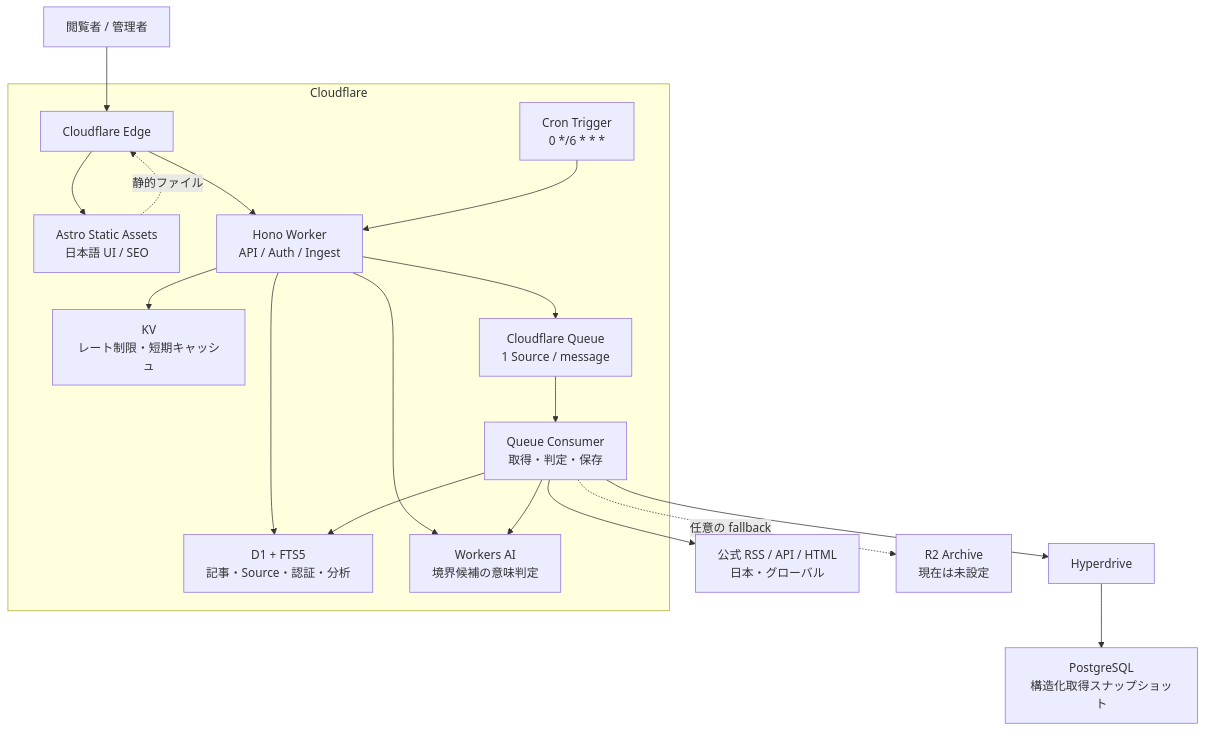
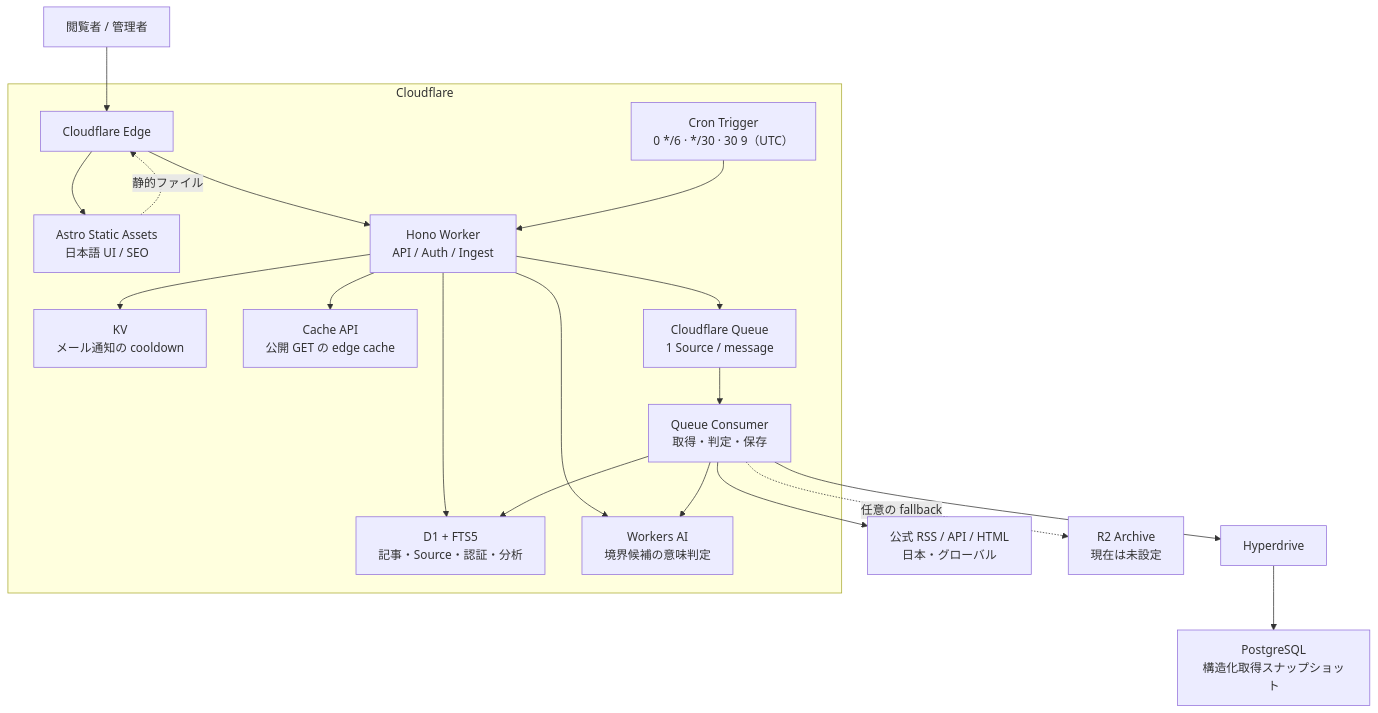
The second of 9 diagrams in README.md (kekincai/fde), drawn with Mermaid before and after one commit. The commit also changed other lines of this file and 8 other files, not shown here.

````diff
--- a/README.md
+++ b/README.md
@@ -73,23 +79,24 @@
 ```mermaid
 flowchart TB
     User["閲覧者 / 管理者"] --> Edge["Cloudflare Edge"]
 
     subgraph CF["Cloudflare"]
         Edge --> Assets["Astro Static Assets<br/>日本語 UI / SEO"]
         Edge --> Worker["Hono Worker<br/>API / Auth / Ingest"]
         Worker --> D1["D1 + FTS5<br/>記事・Source・認証・分析"]
-        Worker --> KV["KV<br/>レート制限・短期キャッシュ"]
+        Worker --> KV["KV<br/>メール通知の cooldown"]
+        Worker --> Cache["Cache API<br/>公開 GET の edge cache"]
         Worker --> AI["Workers AI<br/>境界候補の意味判定"]
-        Cron["Cron Trigger<br/>0 */6 * * *"] --> Worker
+        Cron["Cron Trigger<br/>0 */6 · */30 · 30 9（UTC）"] --> Worker
         Worker --> Queue["Cloudflare Queue<br/>1 Source / message"]
         Queue --> Consumer["Queue Consumer<br/>取得・判定・保存"]
         Consumer --> D1
         Consumer --> AI
         Assets -. "静的ファイル" .-> Edge
     end
 
     Consumer --> Sources["公式 RSS / API / HTML<br/>日本・グローバル"]
     Consumer --> Hyperdrive["Hyperdrive"]
     Hyperdrive --> PostgreSQL["PostgreSQL<br/>構造化取得スナップショット"]
     Consumer -. "任意の fallback" .-> R2["R2 Archive<br/>現在は未設定"]
 ```
````
